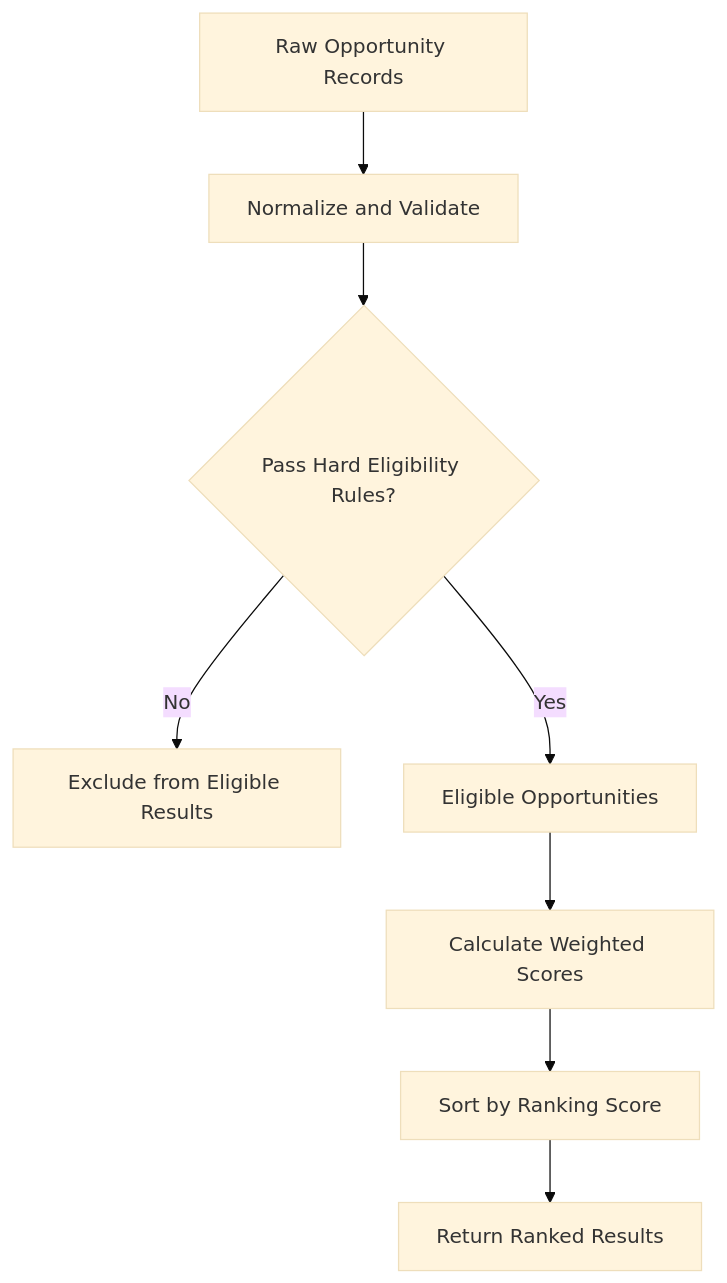
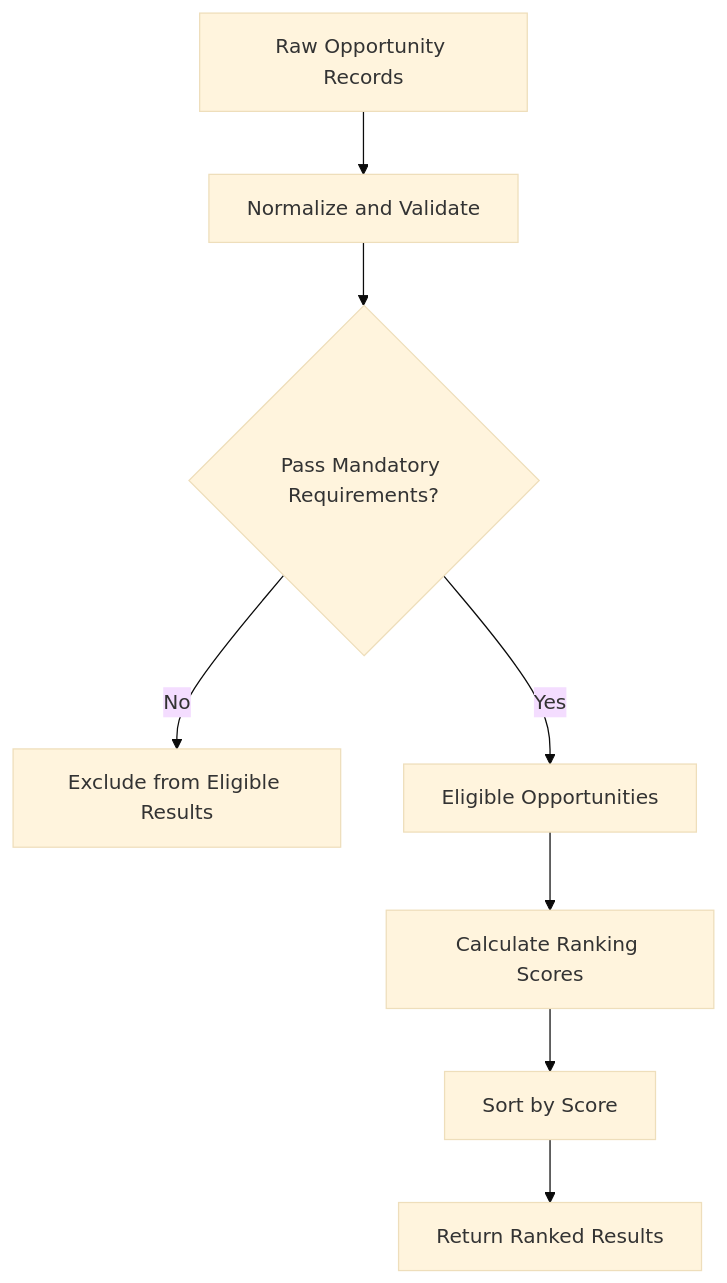
Before and after one commit to Harinath125/finance_api: the third of 3 diagrams in README.md, drawn with Mermaid (base theme). The commit also changed other lines of this file, not shown here.

````diff
--- a/README.md
+++ b/README.md
@@ -125,18 +107,10 @@
 ```mermaid
 flowchart TD
-    A["Raw Opportunity Records"]
-    B["Normalize and Validate"]
-    C{"Pass Hard Eligibility Rules?"}
-    D["Exclude from Eligible Results"]
-    E["Eligible Opportunities"]
-    F["Calculate Weighted Scores"]
-    G["Sort by Ranking Score"]
-    H["Return Ranked Results"]
-
-    A --> B --> C
-    C -- No --> D
-    C -- Yes --> E
-    E --> F
-    F --> G
-    G --> H
+    A[Raw Opportunity Records] --> B[Normalize and Validate]
+    B --> C{Pass Mandatory Requirements?}
+    C -->|No| D[Exclude from Eligible Results]
+    C -->|Yes| E[Eligible Opportunities]
+    E --> F[Calculate Ranking Scores]
+    F --> G[Sort by Score]
+    G --> H[Return Ranked Results]
 ```
````
